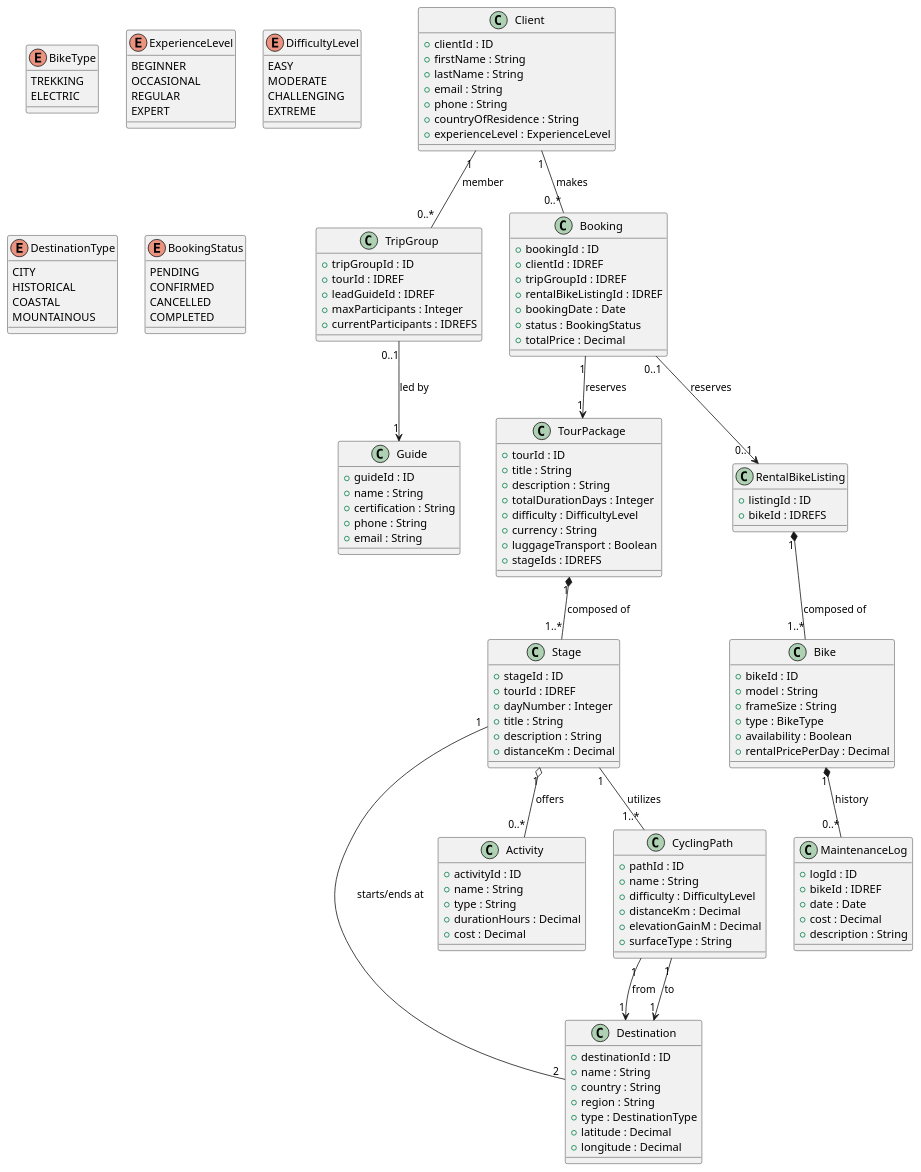
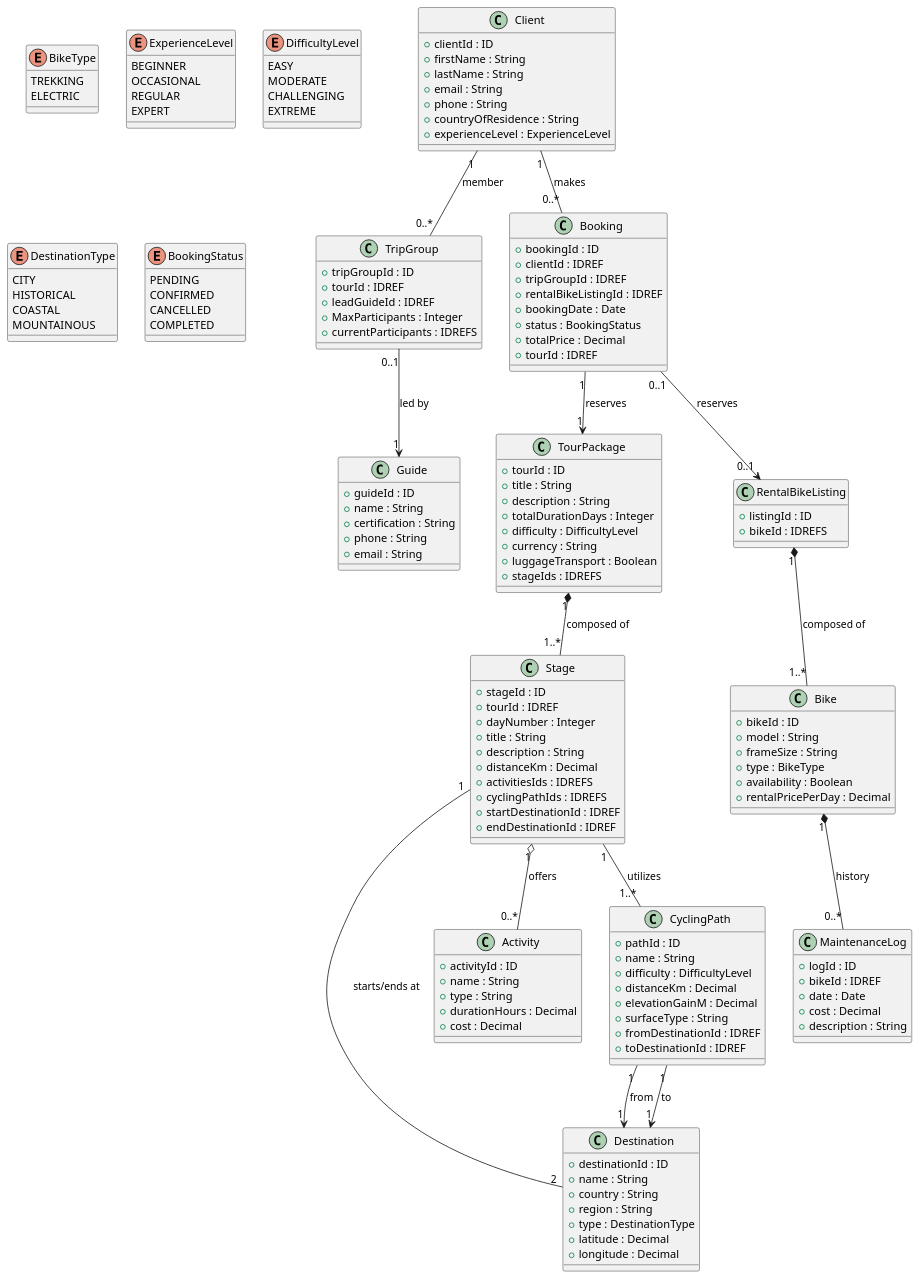
One commit to jasensteve10/Data_Pipeline changed the diagram in final_model.puml. Above: the diagram before and after it, drawn with PlantUML. The commit also changed 8 other files, not shown here.

```diff
--- a/final_model.puml
+++ b/final_model.puml
@@ -1,171 +1,178 @@
 @startuml
 
 ' ==== Enums ====
 enum BikeType {
     TREKKING
     ELECTRIC
 }
 
 enum ExperienceLevel {
     BEGINNER
     OCCASIONAL
     REGULAR
     EXPERT
 }
 
 enum DifficultyLevel {
     EASY
     MODERATE
     CHALLENGING
     EXTREME
 }
 
 enum DestinationType {
     CITY
     HISTORICAL
     COASTAL
     MOUNTAINOUS
 }
 
 enum BookingStatus {
     PENDING
     CONFIRMED
     CANCELLED
     COMPLETED
 }
 
 ' ==== Main classes ====
 
 class Client {
     +clientId : ID
     +firstName : String
     +lastName : String
     +email : String
     +phone : String
     +countryOfResidence : String
     +experienceLevel : ExperienceLevel
 }
 
 class Guide {
     +guideId : ID
     +name : String
     +certification : String
     +phone : String
     +email : String
 }
 
 class TourPackage {
     +tourId : ID
     +title : String
     +description : String
     +totalDurationDays : Integer
     +difficulty : DifficultyLevel
     +currency : String
     +luggageTransport : Boolean
     +stageIds : IDREFS
 }
 
 class TripGroup {
     +tripGroupId : ID
     +tourId : IDREF
     +leadGuideId : IDREF
-    +maxParticipants : Integer
+    +MaxParticipants : Integer
     +currentParticipants : IDREFS
 }
 
     class Stage {
         +stageId : ID
         +tourId : IDREF
         +dayNumber : Integer
         +title : String
         +description : String
         +distanceKm : Decimal
+        +activitiesIds : IDREFS
+        +cyclingPathIds : IDREFS
+        +startDestinationId : IDREF
+        +endDestinationId : IDREF
     }
 
     class Destination {
         +destinationId : ID
         +name : String
         +country : String
         +region : String
         +type : DestinationType
         +latitude : Decimal
         +longitude : Decimal
     }
 
     class Activity {
         +activityId : ID
         +name : String
         +type : String
         +durationHours : Decimal
         +cost : Decimal
     }
 
     class CyclingPath {
         +pathId : ID
         +name : String
         +difficulty : DifficultyLevel
         +distanceKm : Decimal
         +elevationGainM : Decimal
         +surfaceType : String
+        +fromDestinationId : IDREF
+        +toDestinationId : IDREF
     }
 
 class Bike {
     +bikeId : ID
     +model : String
     +frameSize : String
     +type : BikeType
     +availability : Boolean
     +rentalPricePerDay : Decimal
 }
 
 class RentalBikeListing {
     +listingId : ID
     +bikeId : IDREFS
 }
 
 class MaintenanceLog {
     +logId : ID
     +bikeId : IDREF
     +date : Date
     +cost : Decimal
     +description : String
 }
 
 class Booking {
     +bookingId : ID
     +clientId : IDREF
     +tripGroupId : IDREF
     +rentalBikeListingId : IDREF
     +bookingDate : Date
     +status : BookingStatus
     +totalPrice : Decimal
+    +tourId : IDREF
 }
 
 ' ==== Associations ====
 
 ' 1. A Tour Package is composed of sequential Stages
 TourPackage "1" *-- "1..*" Stage : composed of
 
 ' 2. A TripGroup is an INSTANCE of a TourPackage
 TripGroup "0..1" --> "1" Guide : led by
 
 ' 3. Clients book a spot in a TripGroup
 Client "1" -- "0..*" Booking : makes
 Booking "1" --> "1" TourPackage : reserves
 Booking "0..1" --> "0..1" RentalBikeListing : reserves
 Client "1" -- "0..*" TripGroup : member 
 
 ' 4. Stage details
 Stage "1" o-- "0..*" Activity : offers
 Stage "1" -- "1..*" CyclingPath : utilizes
 Stage "1" -- "2" Destination : starts/ends at
 
 ' 5. Geographic Logic
 CyclingPath "1" --> "1" Destination : from
 CyclingPath "1" --> "1" Destination : to
 
 ' 6. Fleet Management
 Bike "1" *-- "0..*" MaintenanceLog : history
 RentalBikeListing "1" *-- "1..*" Bike : composed of
 
 @enduml
```
